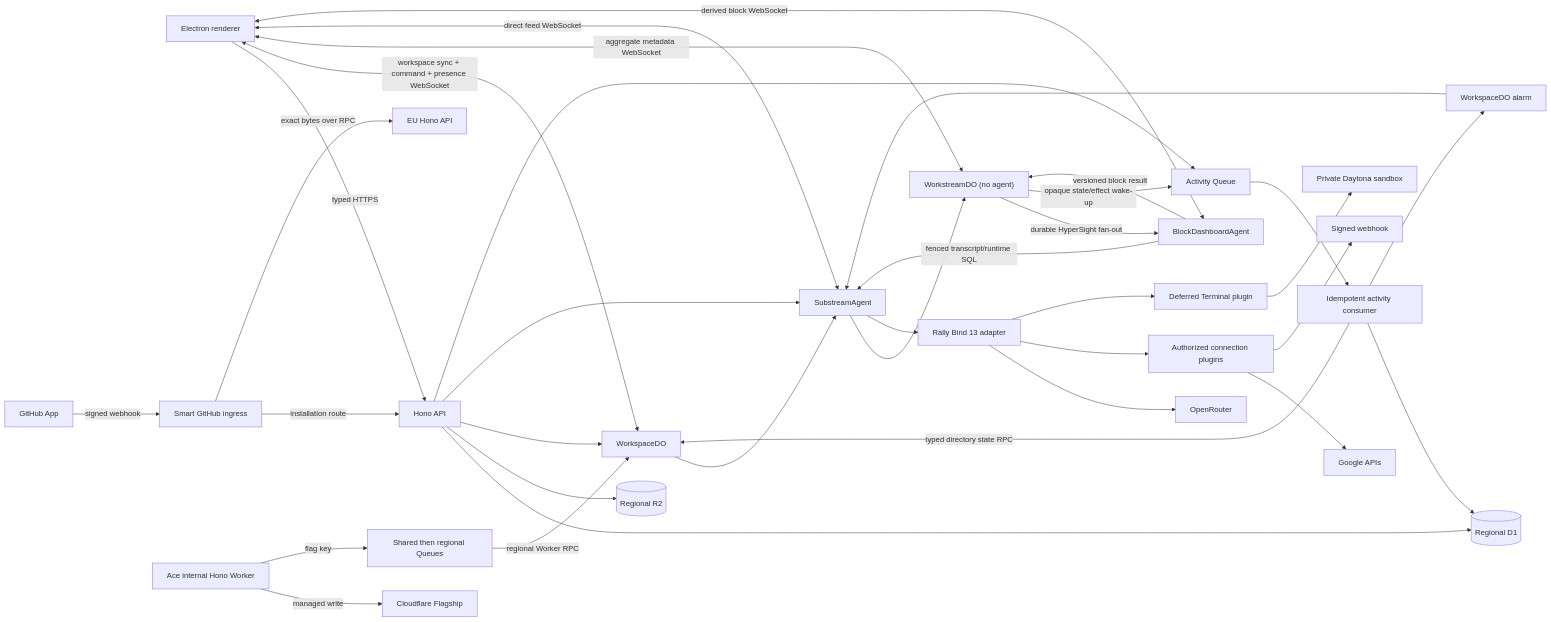
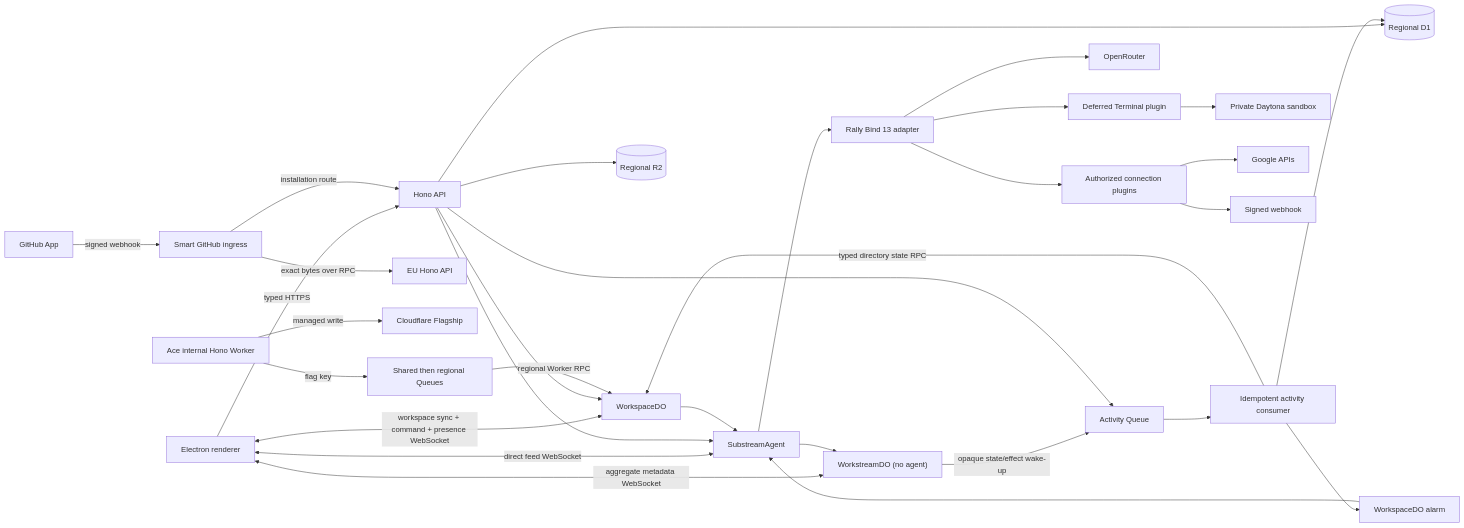
Before and after one commit to juno-ai-labs/avalon: the diagram in docs/architecture.md, drawn with Mermaid. The commit also changed other lines of this file and 153 other files, not shown here.

Commit message:
Remove HyperSight

````diff
--- a/docs/architecture.md
+++ b/docs/architecture.md
@@ -98,37 +92,33 @@
 ```mermaid
 flowchart LR
   E["Electron renderer"] -->|"typed HTTPS"| H["Hono API"]
   E <-->|"workspace sync + command + presence WebSocket"| WD["WorkspaceDO"]
   E <-->|"aggregate metadata WebSocket"| WS["WorkstreamDO (no agent)"]
   E <-->|"direct feed WebSocket"| SA["SubstreamAgent"]
-  E <-->|"derived block WebSocket"| HB["BlockDashboardAgent"]
-  WS -->|"durable HyperSight fan-out"| HB["BlockDashboardAgent"]
-  HB -->|"fenced transcript/runtime SQL"| SA
-  HB -->|"versioned block result"| WS
   H --> D[("Regional D1")]
   H --> B[("Regional R2")]
   H --> WD
   H --> SA
   WD --> SA
   SA --> WS
   WS -->|"opaque state/effect wake-up"| Q
   H --> Q["Activity Queue"]
   GH["GitHub App"] -->|"signed webhook"| GI["Smart GitHub ingress"]
   GI -->|"installation route"| H
   GI -->|"exact bytes over RPC"| EH["EU Hono API"]
   Q --> C["Idempotent activity consumer"]
   C -->|"typed directory state RPC"| WD
   C --> D
   C --> S["WorkspaceDO alarm"]
   S --> SA
   SA --> A["Rally Bind 13 adapter"]
   A --> O["OpenRouter"]
   A --> T["Authorized connection plugins"]
   A --> X["Deferred Terminal plugin"]
   ACE["Ace internal Hono Worker"] -->|"managed write"| FF["Cloudflare Flagship"]
   ACE -->|"flag key"| FQ["Shared then regional Queues"]
   FQ -->|"regional Worker RPC"| WD
   X --> DT["Private Daytona sandbox"]
   T --> G["Google APIs"]
   T --> M["Signed webhook"]
 ```
````
